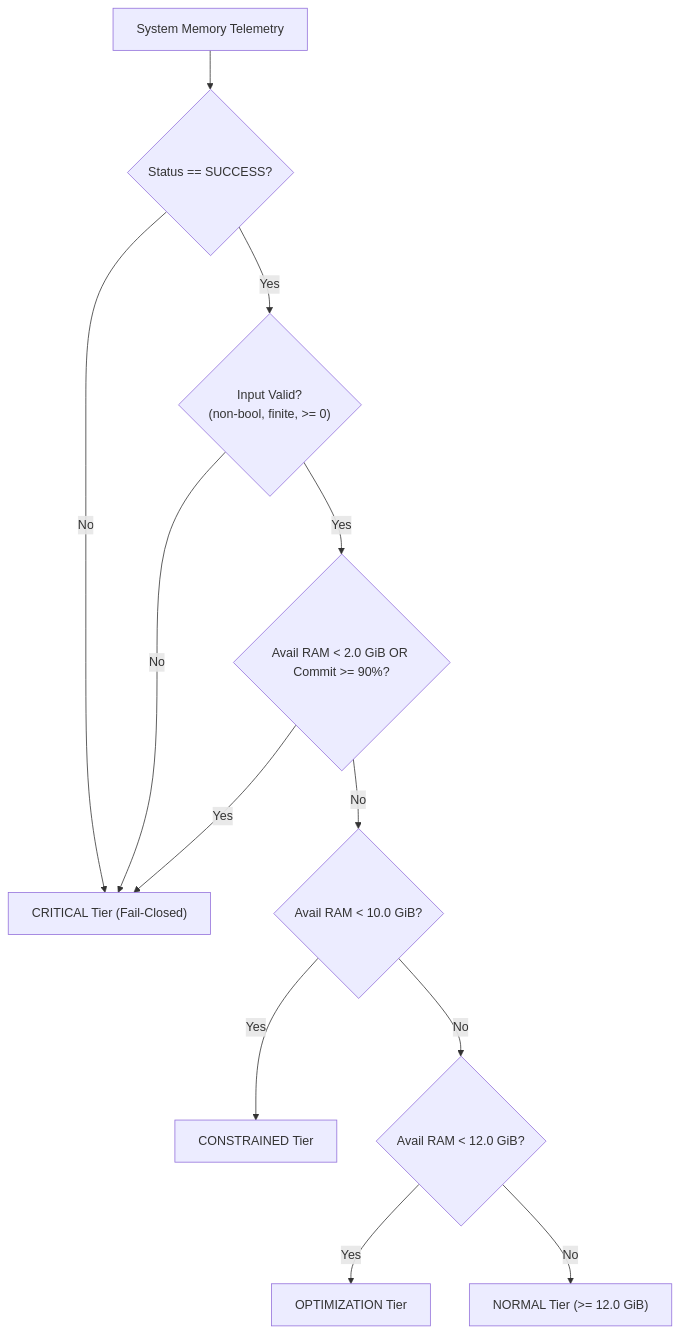
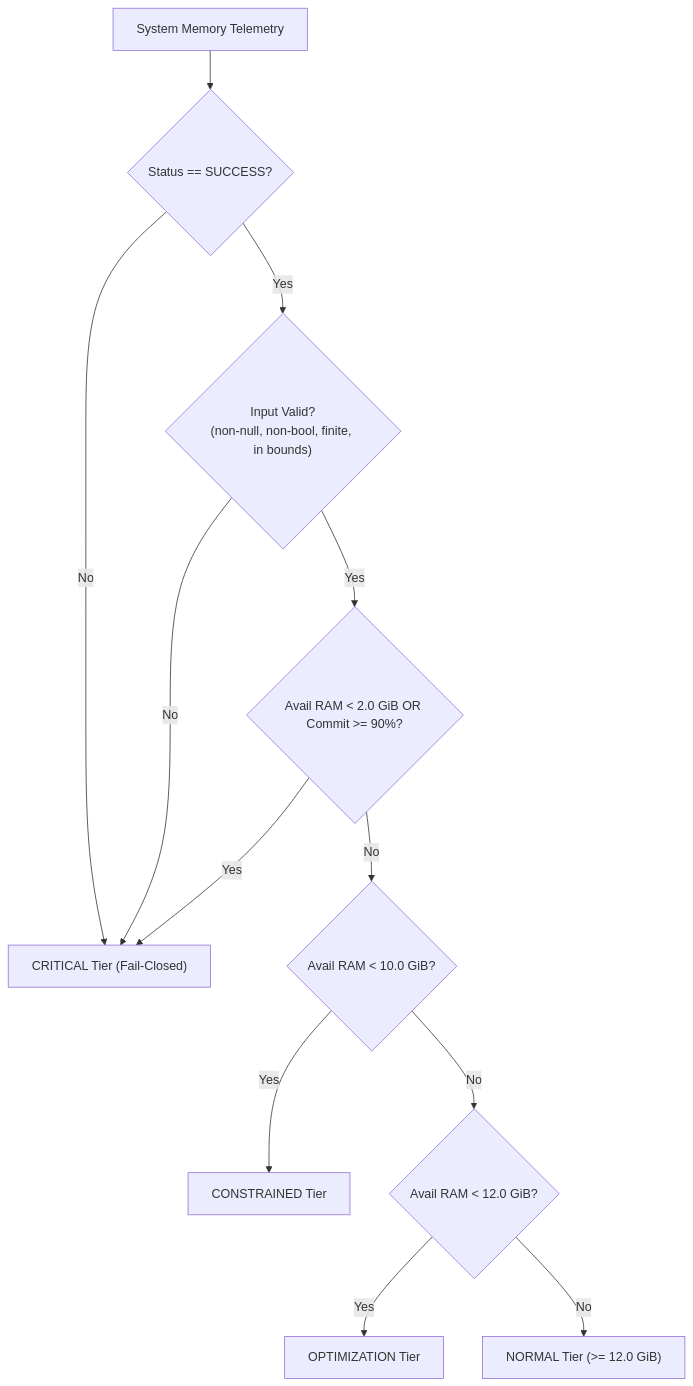
Before and after one commit to Imagen2dragon/NOVA-compute: the diagram in reports/phase2c/ADAPTIVE_MEMORY_RECLAIMER_DESIGN.md, drawn with Mermaid. The commit also changed other lines of this file and 10 other files, not shown here.

````diff
--- a/reports/phase2c/ADAPTIVE_MEMORY_RECLAIMER_DESIGN.md
+++ b/reports/phase2c/ADAPTIVE_MEMORY_RECLAIMER_DESIGN.md
@@ -68,14 +68,14 @@
 ```mermaid
 flowchart TD
     A["System Memory Telemetry"] --> B{"Status == SUCCESS?"}
     B -- No --> C["CRITICAL Tier (Fail-Closed)"]
-    B -- Yes --> VAL{"Input Valid?\n(non-bool, finite, >= 0)"}
+    B -- Yes --> VAL{"Input Valid?\n(non-null, non-bool, finite, in bounds)"}
     VAL -- No --> C
     VAL -- Yes --> D{"Avail RAM < 2.0 GiB OR Commit >= 90%?"}
     D -- Yes --> C
     D -- No --> E{"Avail RAM < 10.0 GiB?"}
     E -- Yes --> F["CONSTRAINED Tier"]
     E -- No --> G{"Avail RAM < 12.0 GiB?"}
     G -- Yes --> H["OPTIMIZATION Tier"]
     G -- No --> I["NORMAL Tier (>= 12.0 GiB)"]
 ```
````
